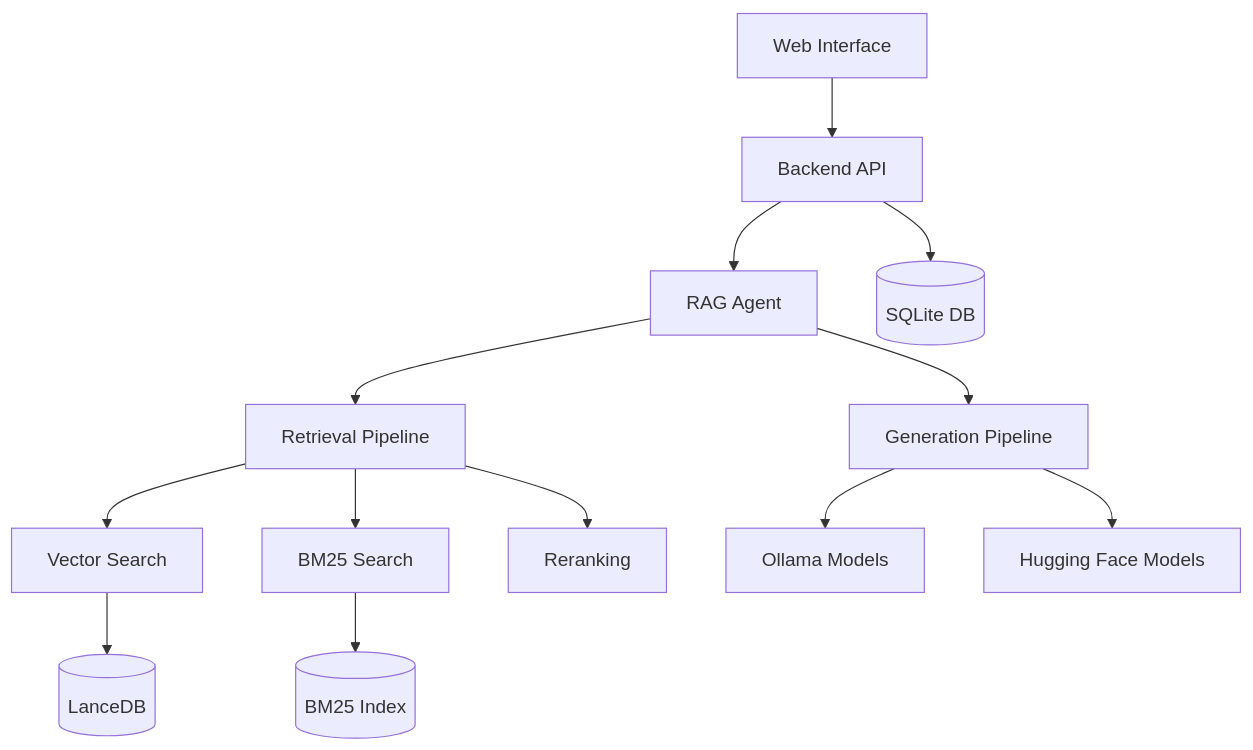
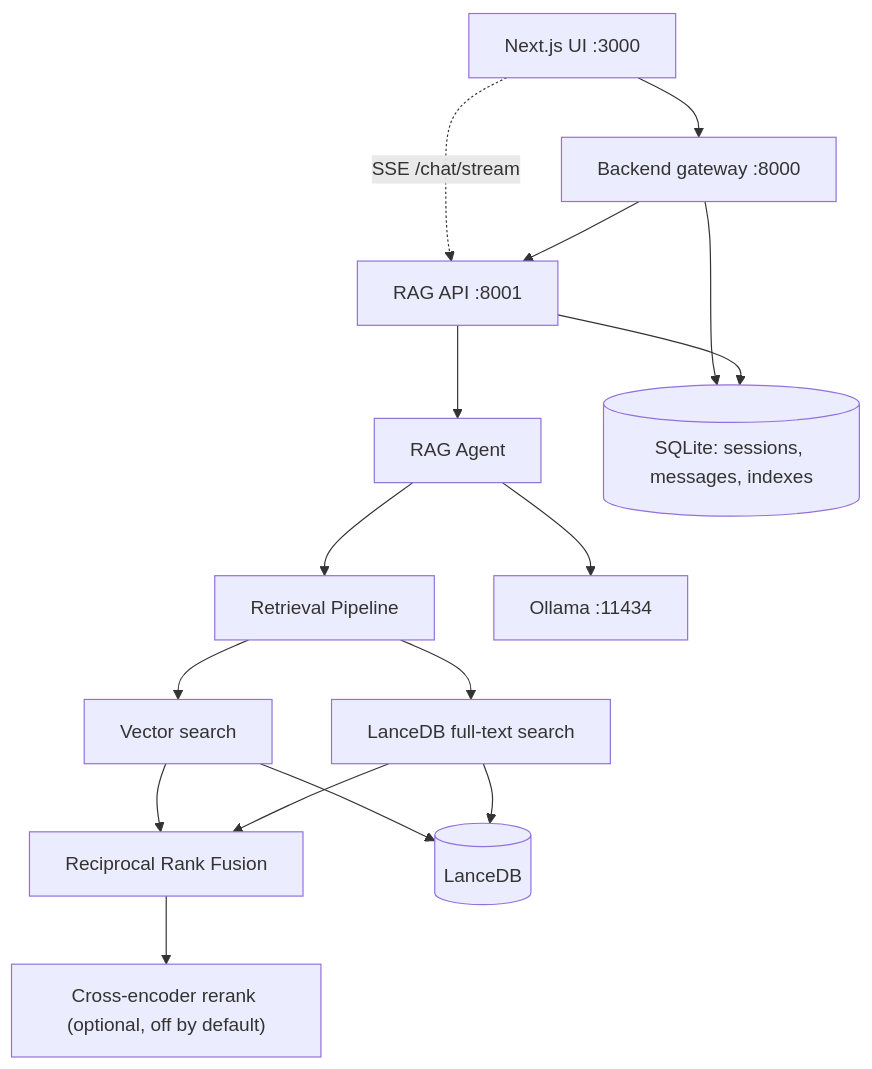
One commit to PromtEngineer/localGPT changed the first of 2 diagrams in README.md. Above: the diagram before and after it, drawn with Mermaid. The commit also changed other lines of this file and 110 other files, not shown here.

````diff
--- a/README.md
+++ b/README.md
@@ -754,19 +800,21 @@
 ```mermaid
 graph TB
-    UI[Web Interface] --> API[Backend API]
-    API --> Agent[RAG Agent]
+    UI[Next.js UI :3000] --> API[Backend gateway :8000]
+    UI -. "SSE /chat/stream" .-> RAGAPI
+    API --> RAGAPI[RAG API :8001]
+    RAGAPI --> Agent[RAG Agent]
     Agent --> Retrieval[Retrieval Pipeline]
-    Agent --> Generation[Generation Pipeline]
+    Agent --> Ollama[Ollama :11434]
 
-    Retrieval --> Vector[Vector Search]
-    Retrieval --> BM25[BM25 Search]
-    Retrieval --> Rerank[Reranking]
+    Retrieval --> Vector[Vector search]
+    Retrieval --> FTS[LanceDB full-text search]
+    Vector --> RRF[Reciprocal Rank Fusion]
+    FTS --> RRF
+    RRF --> Rerank["Cross-encoder rerank (optional, off by default)"]
 
     Vector --> LanceDB[(LanceDB)]
-    BM25 --> BM25DB[(BM25 Index)]
+    FTS --> LanceDB
 
-    Generation --> Ollama[Ollama Models]
-    Generation --> HF[Hugging Face Models]
-
-    API --> SQLite[(SQLite DB)]
+    API --> SQLite[(SQLite: sessions, messages, indexes)]
+    RAGAPI --> SQLite
 ```
````
